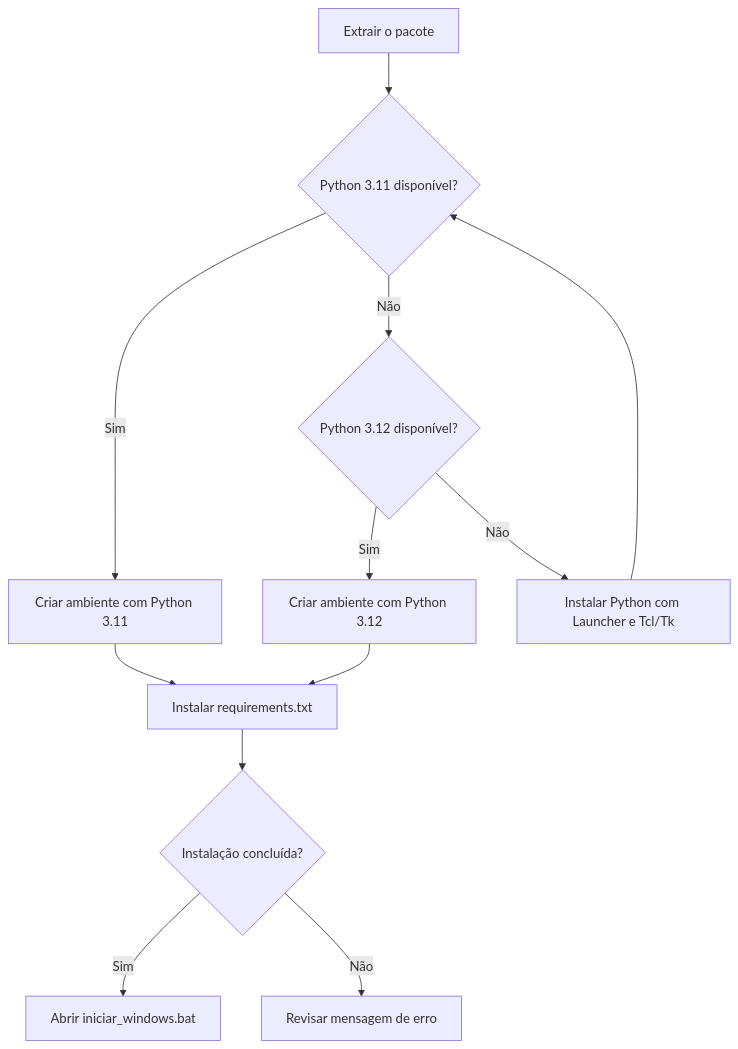
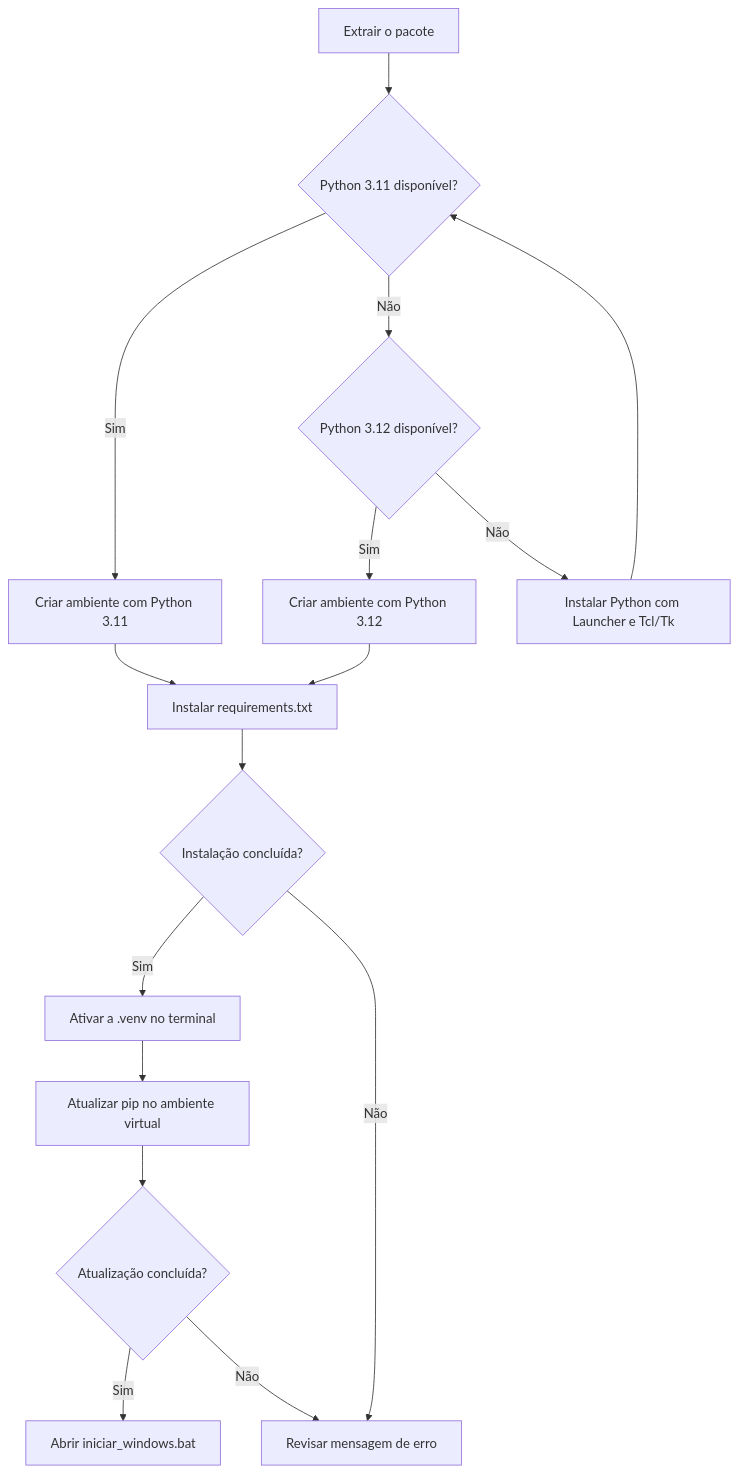
Before and after one commit to teonett/Conversor-PNG-SVG: the first of 2 diagrams in README.md, drawn with Mermaid. The commit also changed other lines of this file and 27 other files, not shown here.

````diff
--- a/README.md
+++ b/README.md
@@ -118,14 +161,18 @@
 ```mermaid
 flowchart TD
     A["Extrair o pacote"] --> B{"Python 3.11 disponível?"}
     B -->|Sim| D["Criar ambiente com Python 3.11"]
     B -->|Não| C{"Python 3.12 disponível?"}
     C -->|Sim| E["Criar ambiente com Python 3.12"]
     C -->|Não| F["Instalar Python com Launcher e Tcl/Tk"]
     F --> B
     D --> G["Instalar requirements.txt"]
     E --> G
     G --> H{"Instalação concluída?"}
-    H -->|Sim| I["Abrir iniciar_windows.bat"]
+    H -->|Sim| P["Ativar a .venv no terminal"]
+    P --> U["Atualizar pip no ambiente virtual"]
+    U --> Q{"Atualização concluída?"}
+    Q -->|Sim| I["Abrir iniciar_windows.bat"]
+    Q -->|Não| J
     H -->|Não| J["Revisar mensagem de erro"]
 ```
````
